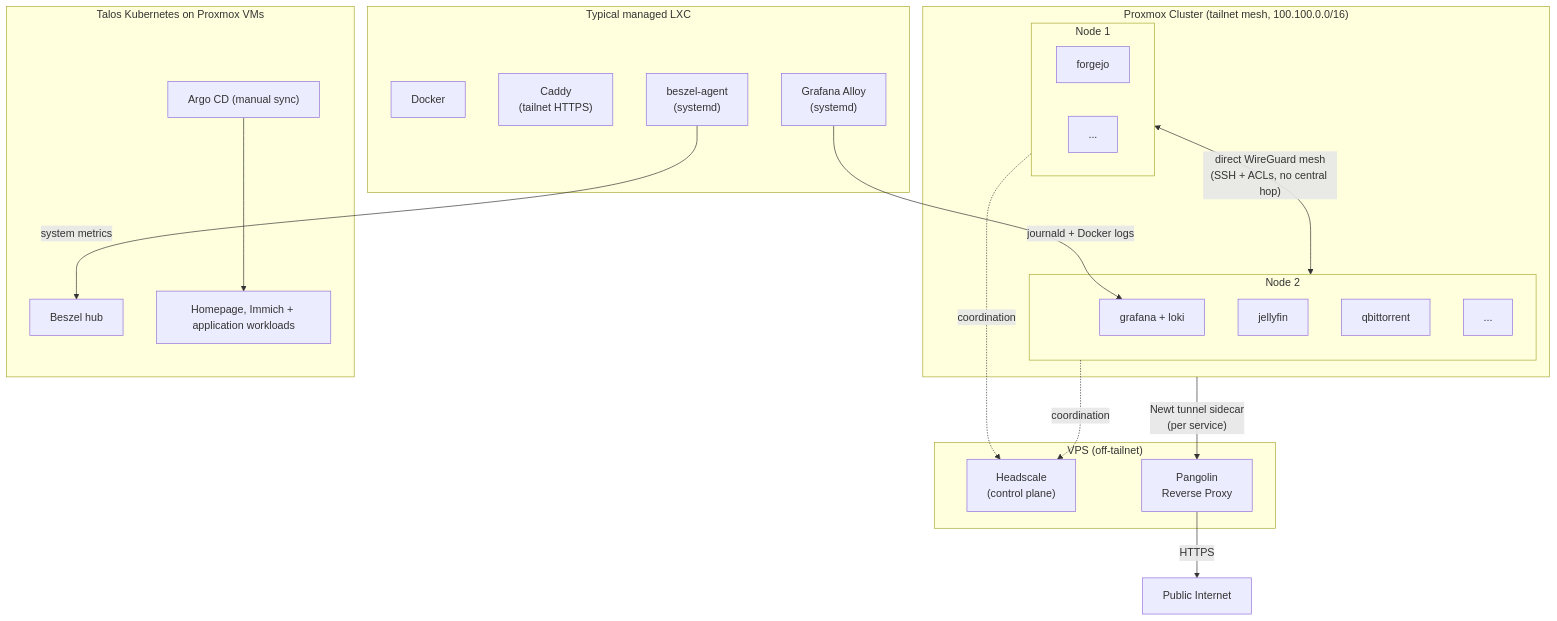
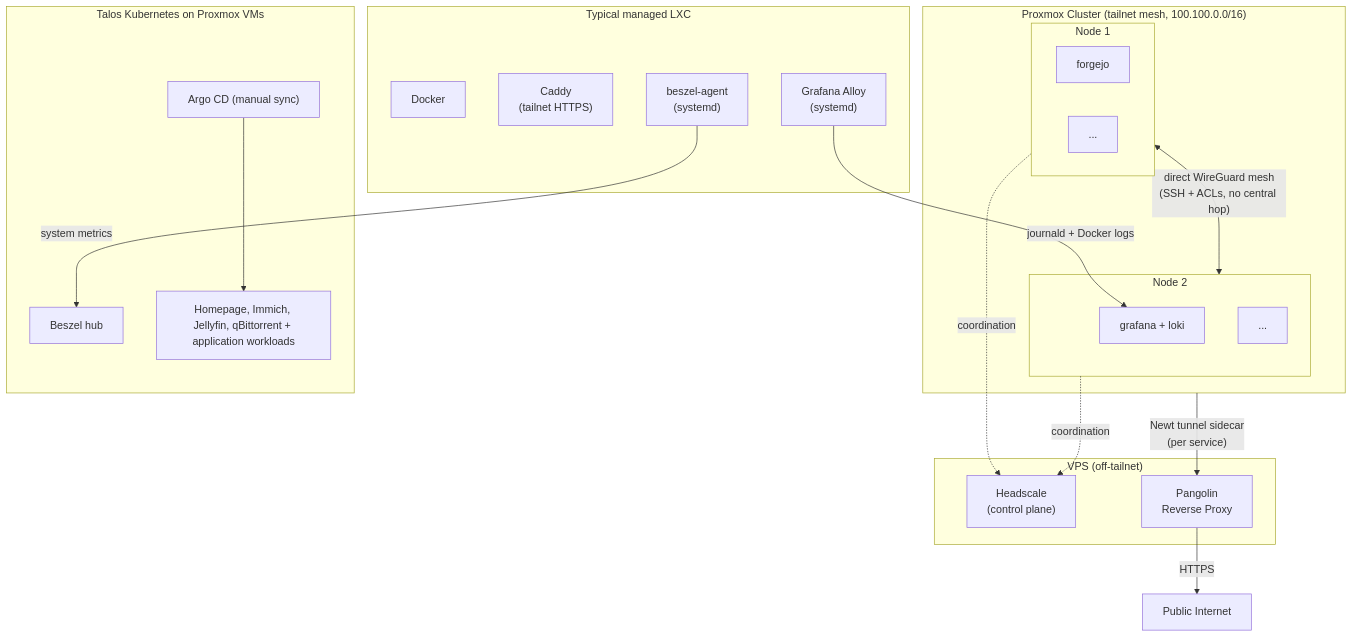
One commit to davegallant/homelab changed the diagram in README.md. Above: the diagram before and after it, drawn with Mermaid. The commit also changed 9 other files, not shown here.

````diff
--- a/README.md
+++ b/README.md
@@ -21,43 +21,41 @@
 ```mermaid
 graph TD
     subgraph VPS["VPS (off-tailnet)"]
         headscale["Headscale\n(control plane)"]
         pangolin["Pangolin\nReverse Proxy"]
     end
 
     subgraph Proxmox["Proxmox Cluster (tailnet mesh, 100.100.0.0/16)"]
         subgraph N1["Node 1"]
             forgejo["forgejo"]
             n1etc["..."]
         end
         subgraph N2["Node 2"]
             grafana["grafana + loki"]
-            jellyfin["jellyfin"]
-            qbittorrent["qbittorrent"]
             n2etc["..."]
         end
         N1 <-->|"direct WireGuard mesh\n(SSH + ACLs, no central hop)"| N2
     end
 
     subgraph Talos["Talos Kubernetes on Proxmox VMs"]
         beszel["Beszel hub"]
-        apps["Homepage, Immich + application workloads"]
+        apps["Homepage, Immich, Jellyfin, qBittorrent + application workloads"]
         argocd["Argo CD (manual sync)"]
         argocd --> apps
     end
 
     N1 -.->|"coordination"| headscale
     N2 -.->|"coordination"| headscale
     Proxmox -->|"Newt tunnel sidecar\n(per service)"| pangolin
     pangolin -->|"HTTPS"| internet["Public Internet"]
 
     subgraph PerHost["Typical managed LXC"]
         docker["Docker"]
         caddy["Caddy\n(tailnet HTTPS)"]
         alloy["Grafana Alloy\n(systemd)"]
         beszelagent["beszel-agent\n(systemd)"]
     end
 
     alloy -->|"journald + Docker logs"| grafana
     beszelagent -->|"system metrics"| beszel
 ```
````
